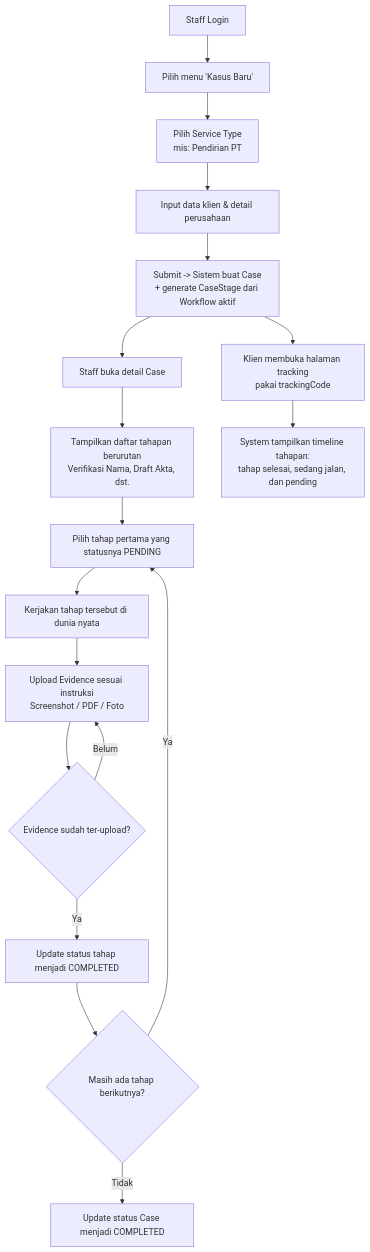
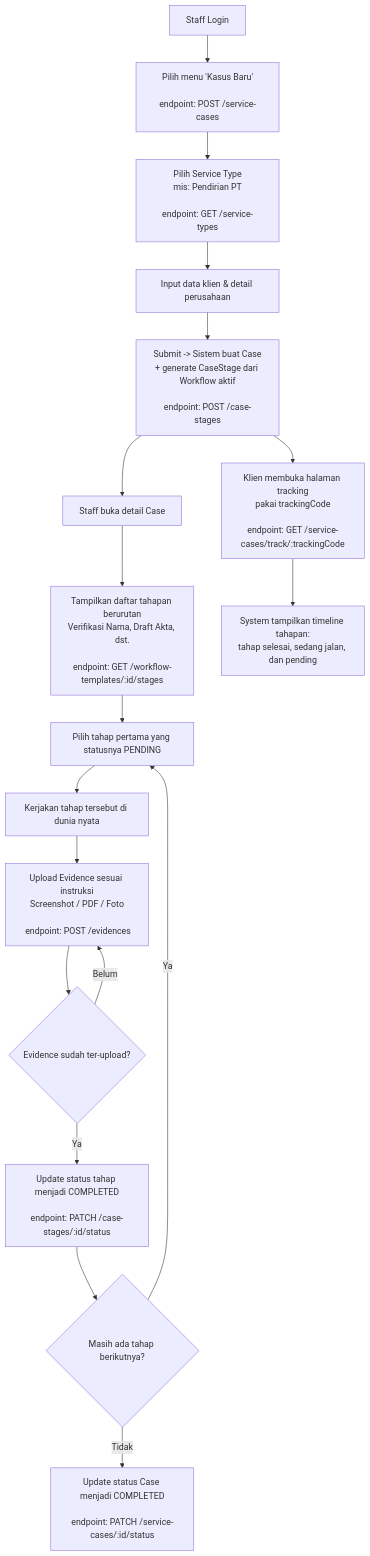
Before and after one commit to jalilnawawi/workflow-monitoring-app: the diagram in flowchart/flow_operasional_staff.mmd, drawn with Mermaid. The commit also changed 14 other files, not shown here.

```diff
--- a/flowchart/flow_operasional_staff.mmd
+++ b/flowchart/flow_operasional_staff.mmd
@@ -1,24 +1,24 @@
 flowchart TD
-    A[Staff Login] --> B[Pilih menu 'Kasus Baru']
-    B --> C[Pilih Service Type<br/>mis: Pendirian PT]
+    A[Staff Login] --> B[Pilih menu 'Kasus Baru'<br/><br/>endpoint: POST /service-cases]
+    B --> C[Pilih Service Type<br/>mis: Pendirian PT<br/><br/>endpoint: GET /service-types]
     C --> D[Input data klien & detail perusahaan]
-    D --> E[Submit -> Sistem buat Case<br/>+ generate CaseStage dari Workflow aktif]
+    D --> E[Submit -> Sistem buat Case<br/>+ generate CaseStage dari Workflow aktif<br/><br/>endpoint: POST /case-stages]
 
     E --> F[Staff buka detail Case]
-    F --> G[Tampilkan daftar tahapan berurutan<br/>Verifikasi Nama, Draft Akta, dst.]
+    F --> G[Tampilkan daftar tahapan berurutan<br/>Verifikasi Nama, Draft Akta, dst.<br/><br/>endpoint: GET /workflow-templates/:id/stages]
 
     G --> H[Pilih tahap pertama yang statusnya PENDING]
     H --> I[Kerjakan tahap tersebut di dunia nyata]
 
-    I --> J[Upload Evidence sesuai instruksi<br/>Screenshot / PDF / Foto]
+    I --> J[Upload Evidence sesuai instruksi<br/>Screenshot / PDF / Foto<br/><br/> endpoint: POST /evidences]
     J --> K{Evidence sudah ter-upload?}
     K -- Belum --> J
-    K -- Ya --> L[Update status tahap menjadi COMPLETED]
+    K -- Ya --> L[Update status tahap menjadi COMPLETED<br/><br/>endpoint: PATCH /case-stages/:id/status]
 
     L --> M{Masih ada tahap berikutnya?}
     M -- Ya --> H
-    M -- Tidak --> N[Update status Case menjadi COMPLETED]
+    M -- Tidak --> N[Update status Case menjadi COMPLETED<br/><br/>endpoint: PATCH /service-cases/:id/status]
 
 %% Bagian untuk Klien
-    E --> O[Klien membuka halaman tracking<br/>pakai trackingCode]
+    E --> O[Klien membuka halaman tracking<br/>pakai trackingCode<br/><br/>endpoint: GET /service-cases/track/:trackingCode]
     O --> P[System tampilkan timeline tahapan:<br/>tahap selesai, sedang jalan, dan pending]
```
